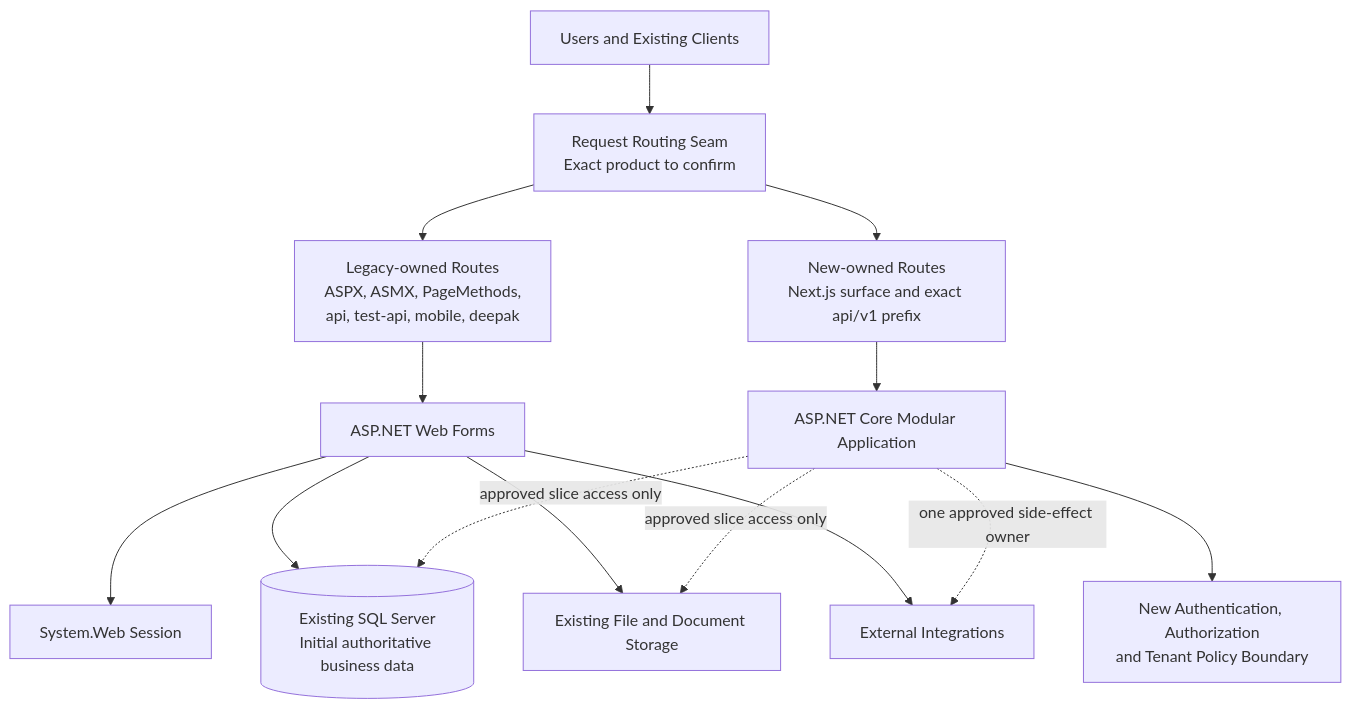
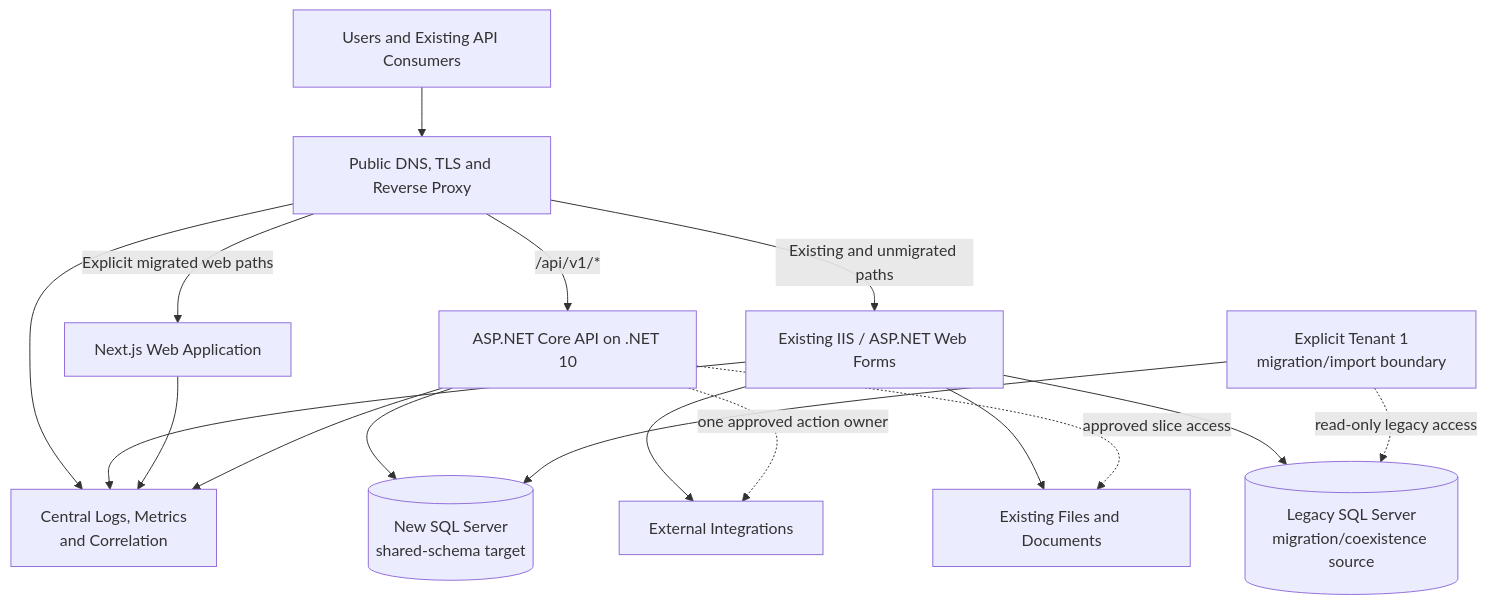
Before and after one commit to harshh-debug/LCA-migration: the first of 2 diagrams in docs/client/02-strangler-migration-plan.md, drawn with Mermaid. The commit also changed other lines of this file and 153 other files, not shown here.

Commit message:
Add legacy catalog and customer import tools for Tenant 1

````diff
--- a/docs/client/02-strangler-migration-plan.md
+++ b/docs/client/02-strangler-migration-plan.md
@@ -110,26 +37,30 @@
 ```mermaid
 flowchart TD
-    Users[Users and Existing Clients]
-    Router[Request Routing Seam<br/>Exact product to confirm]
-    LegacyRoutes[Legacy-owned Routes<br/>ASPX, ASMX, PageMethods,<br/>api, test-api, mobile, deepak]
-    NewRoutes[New-owned Routes<br/>Next.js surface and exact api/v1 prefix]
-    Legacy[ASP.NET Web Forms]
-    New[ASP.NET Core Modular Application]
-    LegacySession[System.Web Session]
-    NewSecurity[New Authentication, Authorization<br/>and Tenant Policy Boundary]
-    DB[(Existing SQL Server<br/>Initial authoritative business data)]
-    Files[Existing File and Document Storage]
+    Users[Users and Existing API Consumers]
+    FrontDoor[Public DNS, TLS and Reverse Proxy]
+    Legacy[Existing IIS / ASP.NET Web Forms]
+    Web[Next.js Web Application]
+    Api[ASP.NET Core API on .NET 10]
+    LegacyDB[(Legacy SQL Server<br/>migration/coexistence source)]
+    NewDB[(New SQL Server<br/>shared-schema target)]
+    Files[Existing Files and Documents]
     Integrations[External Integrations]
+    Observe[Central Logs, Metrics<br/>and Correlation]
 
-    Users --> Router
-    Router --> LegacyRoutes --> Legacy
-    Router --> NewRoutes --> New
-    Legacy --> LegacySession
-    New --> NewSecurity
-    Legacy --> DB
-    New -. approved slice access only .-> DB
+    Users --> FrontDoor
+    FrontDoor -->|Existing and unmigrated paths| Legacy
+    FrontDoor -->|Explicit migrated web paths| Web
+    FrontDoor -->|/api/v1/*| Api
+    Legacy --> LegacyDB
+    Api --> NewDB
+    Import[Explicit Tenant 1<br/>migration/import boundary] -. read-only legacy access .-> LegacyDB
+    Import --> NewDB
     Legacy --> Files
-    New -. approved slice access only .-> Files
+    Api -. approved slice access .-> Files
     Legacy --> Integrations
-    New -. one approved side-effect owner .-> Integrations
+    Api -. one approved action owner .-> Integrations
+    FrontDoor --> Observe
+    Legacy --> Observe
+    Web --> Observe
+    Api --> Observe
 ```
````
